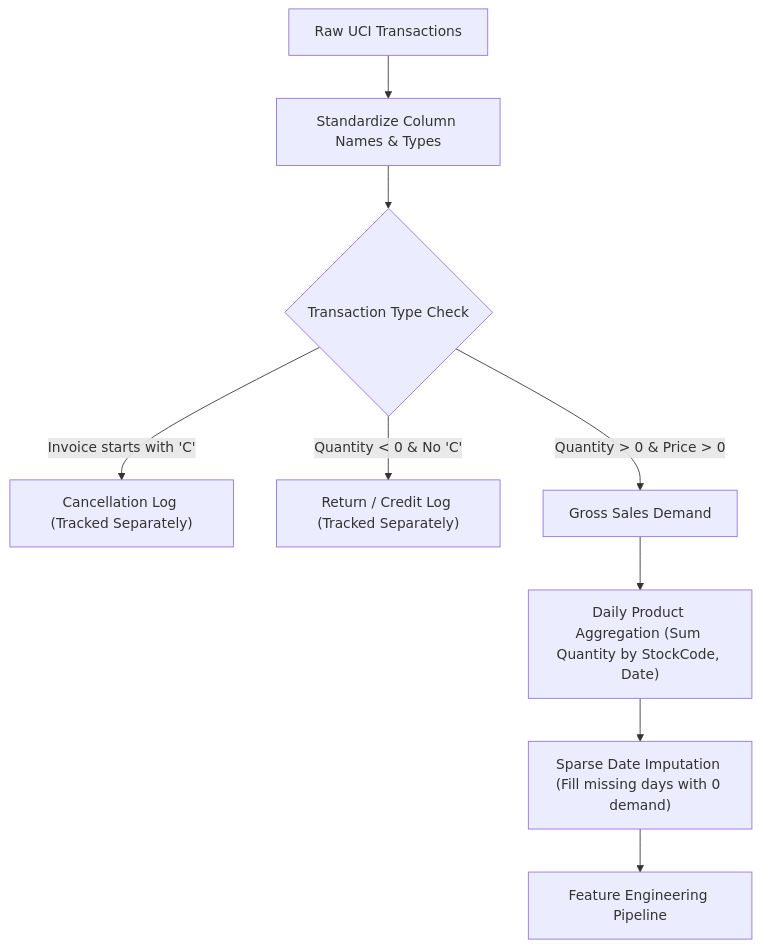
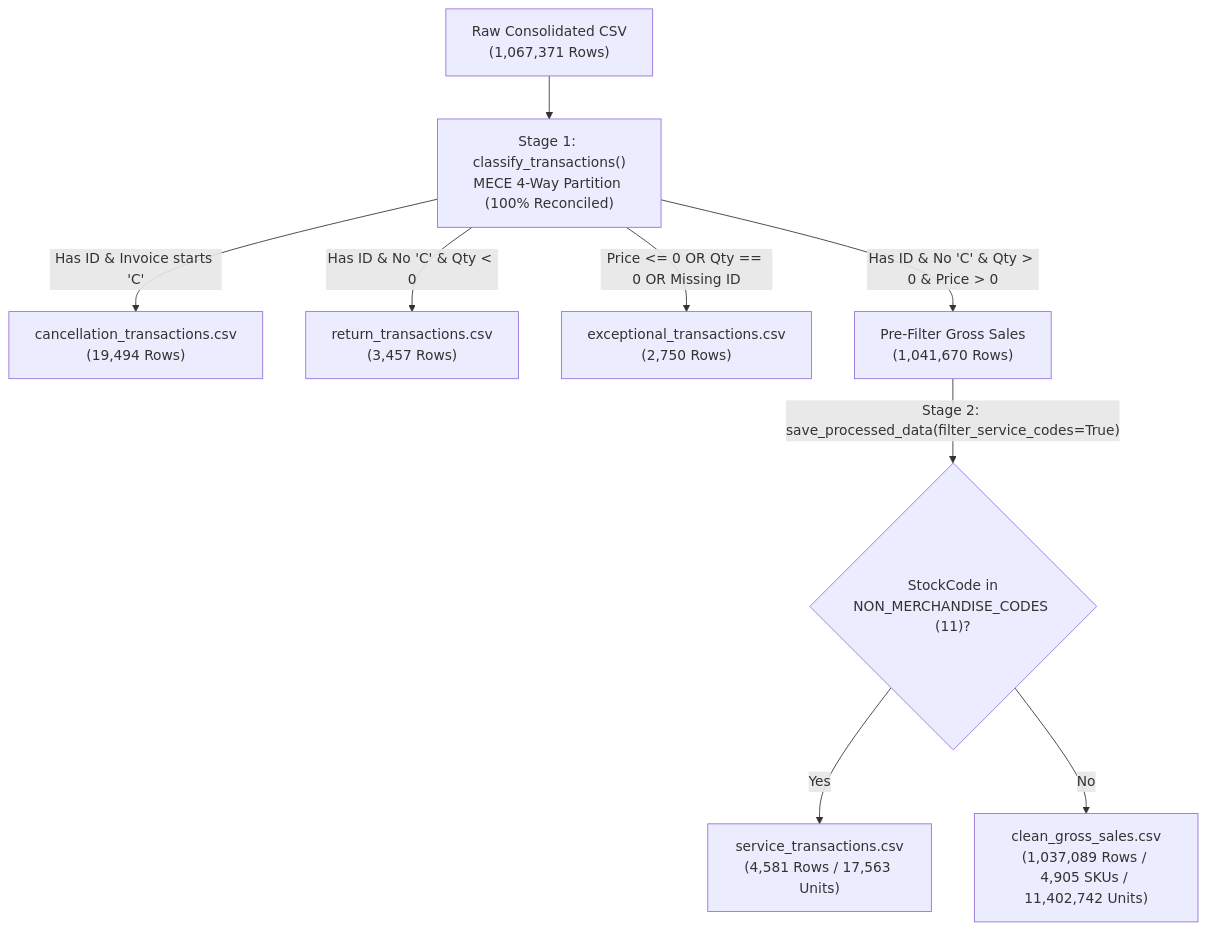
Before and after one commit to Lalith-Manohar/LLM-Project1: the second of 2 diagrams in docs/ML_DOCUMENTATION.md, drawn with Mermaid. The commit also changed other lines of this file, not shown here.

````diff
--- a/docs/ML_DOCUMENTATION.md
+++ b/docs/ML_DOCUMENTATION.md
@@ -83,13 +131,11 @@
 ```mermaid
 flowchart TD
-    Raw["Raw UCI Transactions"] --> Standardize["Standardize Column Names & Types"]
-    Standardize --> Split{"Transaction Type Check"}
-    
-    Split -->|"Invoice starts with 'C'"| Canc["Cancellation Log (Tracked Separately)"]
-    Split -->|"Quantity < 0 & No 'C'"| Ret["Return / Credit Log (Tracked Separately)"]
-    Split -->|"Quantity > 0 & Price > 0"| Valid["Gross Sales Demand"]
-    
-    Valid --> DailyAgg["Daily Product Aggregation (Sum Quantity by StockCode, Date)"]
-    DailyAgg --> ZeroFill["Sparse Date Imputation (Fill missing days with 0 demand)"]
-    ZeroFill --> FeatureEngine["Feature Engineering Pipeline"]
+    Raw["Raw Consolidated CSV\n(1,067,371 Rows)"] --> Classify["Stage 1: classify_transactions()\nMECE 4-Way Partition (100% Reconciled)"]
+    Classify -->|"Has ID & Invoice starts 'C'"| Canc["cancellation_transactions.csv\n(19,494 Rows)"]
+    Classify -->|"Has ID & No 'C' & Qty < 0"| Ret["return_transactions.csv\n(3,457 Rows)"]
+    Classify -->|"Price <= 0 OR Qty == 0 OR Missing ID"| Exc["exceptional_transactions.csv\n(2,750 Rows)"]
+    Classify -->|"Has ID & No 'C' & Qty > 0 & Price > 0"| GrossRaw["Pre-Filter Gross Sales\n(1,041,670 Rows)"]
+    GrossRaw -->|"Stage 2: save_processed_data(filter_service_codes=True)"| SvcSplit{"StockCode in\nNON_MERCHANDISE_CODES (11)?"}
+    SvcSplit -->|"Yes"| Svc["service_transactions.csv\n(4,581 Rows / 17,563 Units)"]
+    SvcSplit -->|"No"| Comm["clean_gross_sales.csv\n(1,037,089 Rows / 4,905 SKUs / 11,402,742 Units)"]
 ```
````
